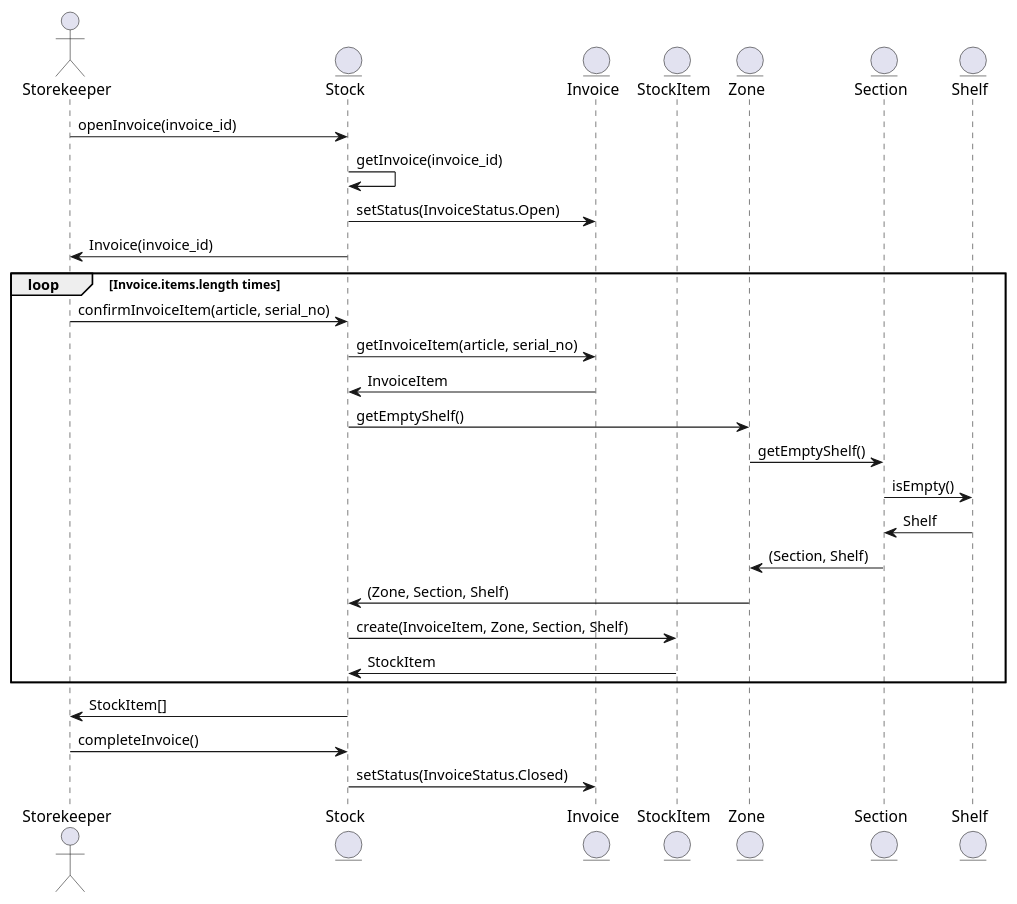
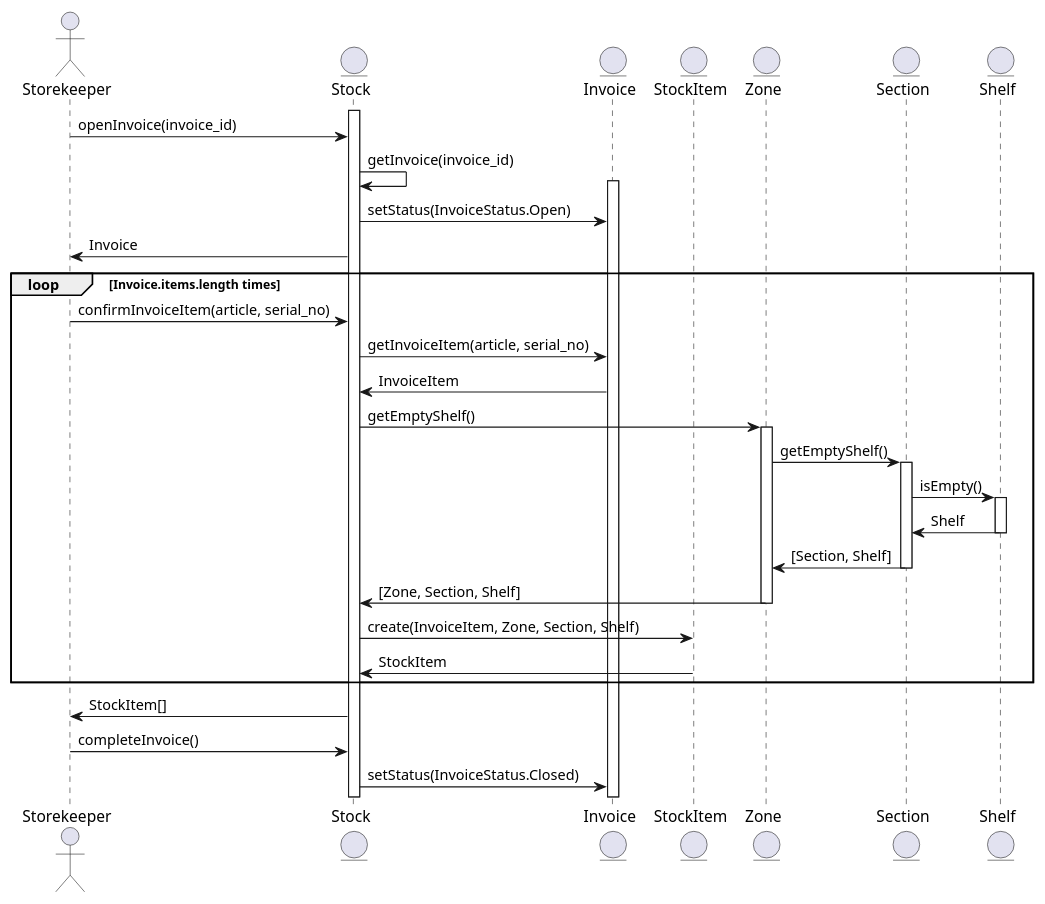
The diagram in warehouse/Прецеденты/Получение товара/Диаграмма_последовательности.md (penamarth/bsbo-02-21_team5_var6_sklad), drawn with PlantUML before and after one commit. The commit also changed 1 other file, not shown here.

Commit message:
Change use-case

````diff
--- a/warehouse/Прецеденты/Получение товара/Диаграмма_последовательности.md
+++ b/warehouse/Прецеденты/Получение товара/Диаграмма_последовательности.md
@@ -1,36 +1,45 @@
 ```plantuml
 @startuml
 actor Storekeeper
 entity Stock
 entity Invoice
 entity StockItem
 entity Zone
 entity Section
 entity Shelf
 
+activate Stock
+
 Storekeeper -> Stock : openInvoice(invoice_id)
 Stock -> Stock : getInvoice(invoice_id)
+activate Invoice
 Stock -> Invoice : setStatus(InvoiceStatus.Open)
 
-Stock -> Storekeeper : Invoice(invoice_id)
+Stock -> Storekeeper : Invoice
 
 loop Invoice.items.length times
     Storekeeper -> Stock : confirmInvoiceItem(article, serial_no)
     Stock -> Invoice : getInvoiceItem(article, serial_no)
     Invoice -> Stock : InvoiceItem
     Stock -> Zone : getEmptyShelf()
+    activate Zone
     Zone -> Section : getEmptyShelf()
+    activate Section
     Section -> Shelf : isEmpty()
+    activate Shelf
     Shelf -> Section : Shelf
-    Section -> Zone : (Section, Shelf)
-    Zone -> Stock : (Zone, Section, Shelf)
+    deactivate Shelf
+    Section -> Zone : [Section, Shelf]
+    deactivate Section
+    Zone -> Stock : [Zone, Section, Shelf]
+    deactivate Zone
     Stock -> StockItem : create(InvoiceItem, Zone, Section, Shelf)
     StockItem -> Stock : StockItem
 end
 
 Stock -> Storekeeper : StockItem[]
 Storekeeper -> Stock : completeInvoice()
 Stock -> Invoice: setStatus(InvoiceStatus.Closed)
 
 @enduml
 ```
````
